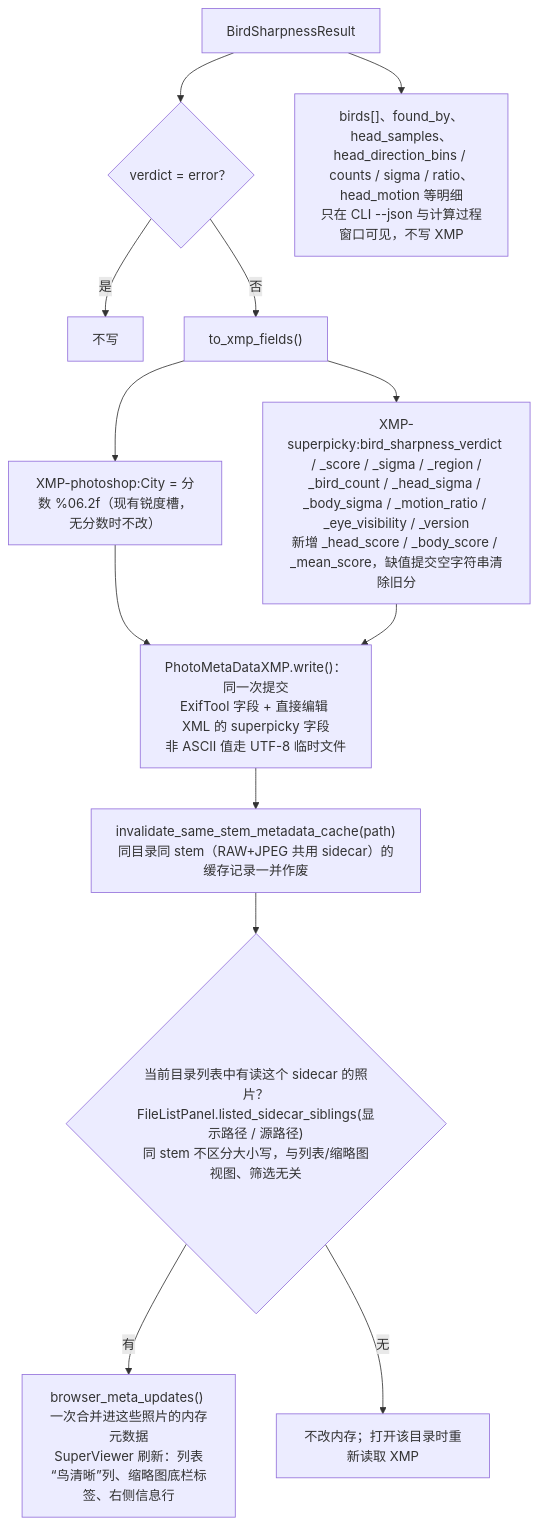
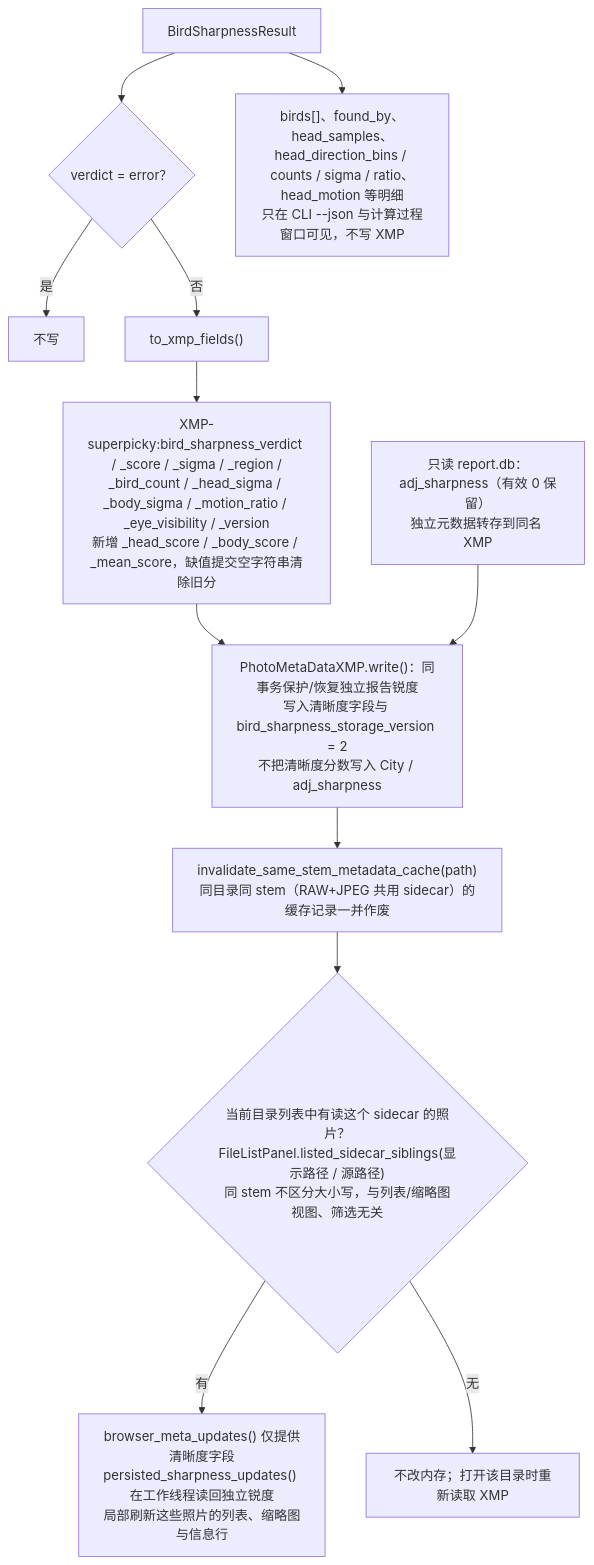
Before and after one commit to OscarKing888/SuperBirdTools: diagram 22 of 22 in docs/bird_sharpness_flowchart.md, drawn with Mermaid. The commit also changed other lines of this file and 15 other files, not shown here.

Commit message:
Keep bird clarity separate from original report sharpness

````diff
--- a/docs/bird_sharpness_flowchart.md
+++ b/docs/bird_sharpness_flowchart.md
@@ -620,15 +620,14 @@
 ```mermaid
 flowchart TD
     A["BirdSharpnessResult"] --> B{"verdict = error？"}
     B -->|是| Z["不写"]
     B -->|否| C["to_xmp_fields()"]
-    C --> D["XMP-photoshop:City = 分数 %06.2f（现有锐度槽，无分数时不改）"]
     C --> E["XMP-superpicky:bird_sharpness_verdict / _score / _sigma / _region /<br/>_bird_count / _head_sigma / _body_sigma / _motion_ratio / _eye_visibility / _version<br/>新增 _head_score / _body_score / _mean_score，缺值提交空字符串清除旧分"]
-    D --> F["PhotoMetaDataXMP.write()：同一次提交<br/>ExifTool 字段 + 直接编辑 XML 的 superpicky 字段<br/>非 ASCII 值走 UTF-8 临时文件"]
-    E --> F
+    E --> F["PhotoMetaDataXMP.write()：同事务保护/恢复独立报告锐度<br/>写入清晰度字段与 bird_sharpness_storage_version = 2<br/>不把清晰度分数写入 City / adj_sharpness"]
+    D["只读 report.db：adj_sharpness（有效 0 保留）<br/>独立元数据转存到同名 XMP"] --> F
     F --> G["invalidate_same_stem_metadata_cache(path)<br/>同目录同 stem（RAW+JPEG 共用 sidecar）的缓存记录一并作废"]
     G --> L{"当前目录列表中有读这个 sidecar 的照片？<br/>FileListPanel.listed_sidecar_siblings(显示路径 / 源路径)<br/>同 stem 不区分大小写，与列表/缩略图视图、筛选无关"}
-    L -->|有| H["browser_meta_updates() 一次合并进这些照片的内存元数据<br/>SuperViewer 刷新：列表“鸟清晰”列、缩略图底栏标签、右侧信息行"]
+    L -->|有| H["browser_meta_updates() 仅提供清晰度字段<br/>persisted_sharpness_updates() 在工作线程读回独立锐度<br/>局部刷新这些照片的列表、缩略图与信息行"]
     L -->|无| M["不改内存；打开该目录时重新读取 XMP"]
     A --> I["birds[]、found_by、head_samples、head_direction_bins / counts / sigma / ratio、head_motion 等明细<br/>只在 CLI --json 与计算过程窗口可见，不写 XMP"]
 ```
````
